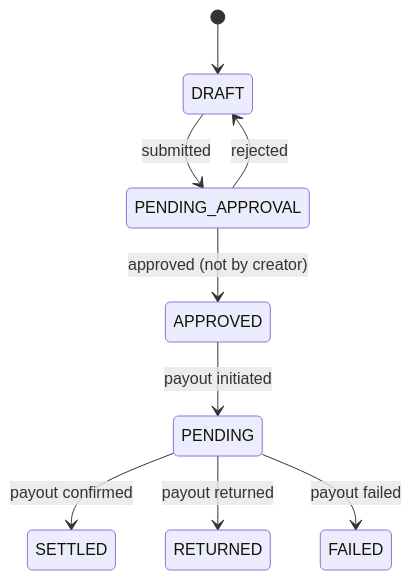
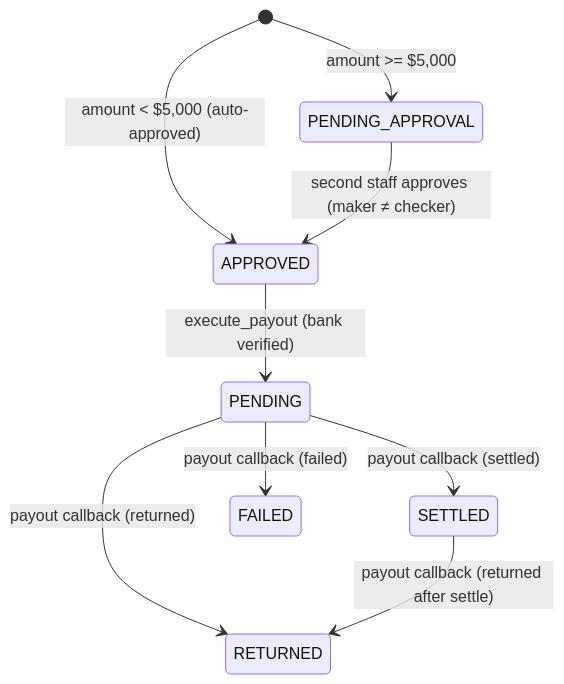
The fifth of 9 diagrams in docs/STATE_MACHINES.md (staniborII/corgi_policy_administration_t1), drawn with Mermaid before and after one commit. The commit also changed other lines of this file and 26 other files, not shown here.

First line of the commit message:
feat(backend,frontend): add claims, reserves, maker-checker and payout (M5)

````diff
--- a/docs/STATE_MACHINES.md
+++ b/docs/STATE_MACHINES.md
@@ -68,11 +70,11 @@
 ```mermaid
 stateDiagram-v2
-    [*] --> DRAFT
-    DRAFT --> PENDING_APPROVAL : submitted
-    PENDING_APPROVAL --> APPROVED : approved (not by creator)
-    PENDING_APPROVAL --> DRAFT : rejected
-    APPROVED --> PENDING : payout initiated
-    PENDING --> SETTLED : payout confirmed
-    PENDING --> RETURNED : payout returned
-    PENDING --> FAILED : payout failed
+    [*] --> APPROVED : amount < $5,000 (auto-approved)
+    [*] --> PENDING_APPROVAL : amount >= $5,000
+    PENDING_APPROVAL --> APPROVED : second staff approves (maker ≠ checker)
+    APPROVED --> PENDING : execute_payout (bank verified)
+    PENDING --> SETTLED : payout callback (settled)
+    PENDING --> RETURNED : payout callback (returned)
+    PENDING --> FAILED : payout callback (failed)
+    SETTLED --> RETURNED : payout callback (returned after settle)
 ```
````
